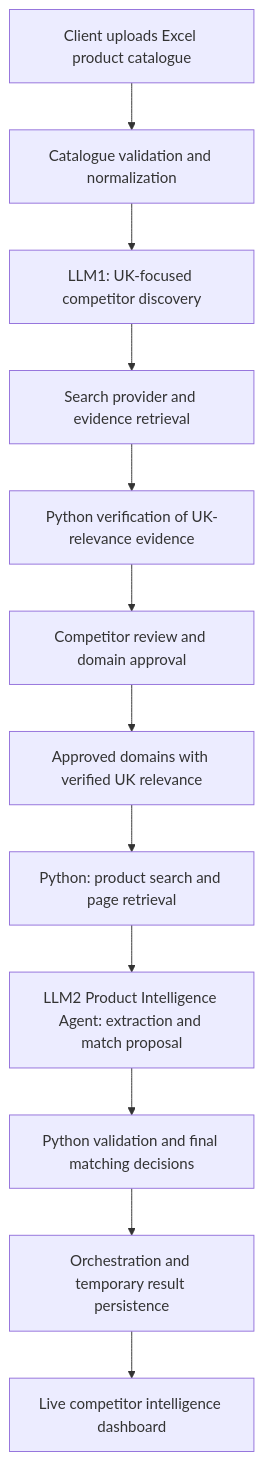
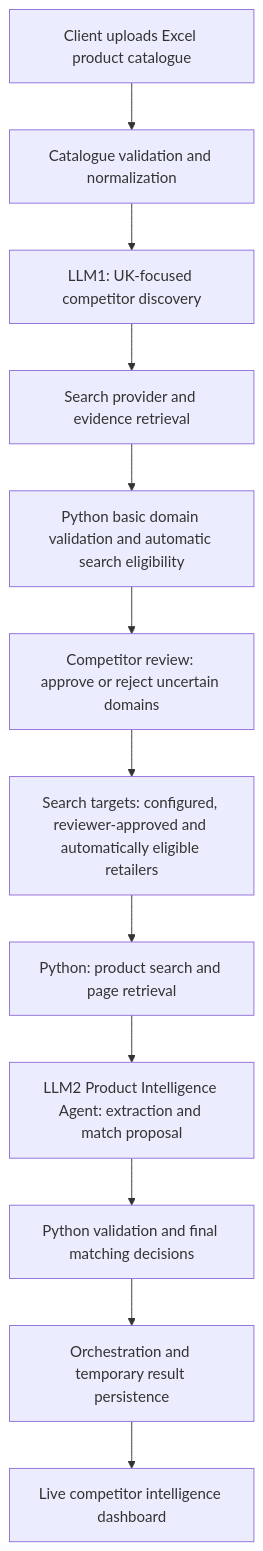
One commit to MomenAhmed104/marketlens changed the diagram in docs/stompbox_uk_competitor_intelligence_implementation_plan.md. Above: the diagram before and after it, drawn with Mermaid. The commit also changed other lines of this file and 59 other files, not shown here.

First line of the commit message:
refactor: simplify UK competitor discovery eligibility

````diff
--- a/docs/stompbox_uk_competitor_intelligence_implementation_plan.md
+++ b/docs/stompbox_uk_competitor_intelligence_implementation_plan.md
@@ -34,14 +34,14 @@
 ```mermaid
 flowchart TD
     A[Client uploads Excel product catalogue] --> B[Catalogue validation and normalization]
     B --> C[LLM1: UK-focused competitor discovery]
     C --> D[Search provider and evidence retrieval]
-    D --> E[Python verification of UK-relevance evidence]
-    E --> F[Competitor review and domain approval]
-    F --> G[Approved domains with verified UK relevance]
+    D --> E[Python basic domain validation and automatic search eligibility]
+    E --> F[Competitor review: approve or reject uncertain domains]
+    F --> G[Search targets: configured, reviewer-approved and automatically eligible retailers]
     G --> D2[Python: product search and page retrieval]
     D2 --> H[LLM2 Product Intelligence Agent: extraction and match proposal]
     H --> I[Python validation and final matching decisions]
     I --> J[Orchestration and temporary result persistence]
     J --> K[Live competitor intelligence dashboard]
 ```
````
